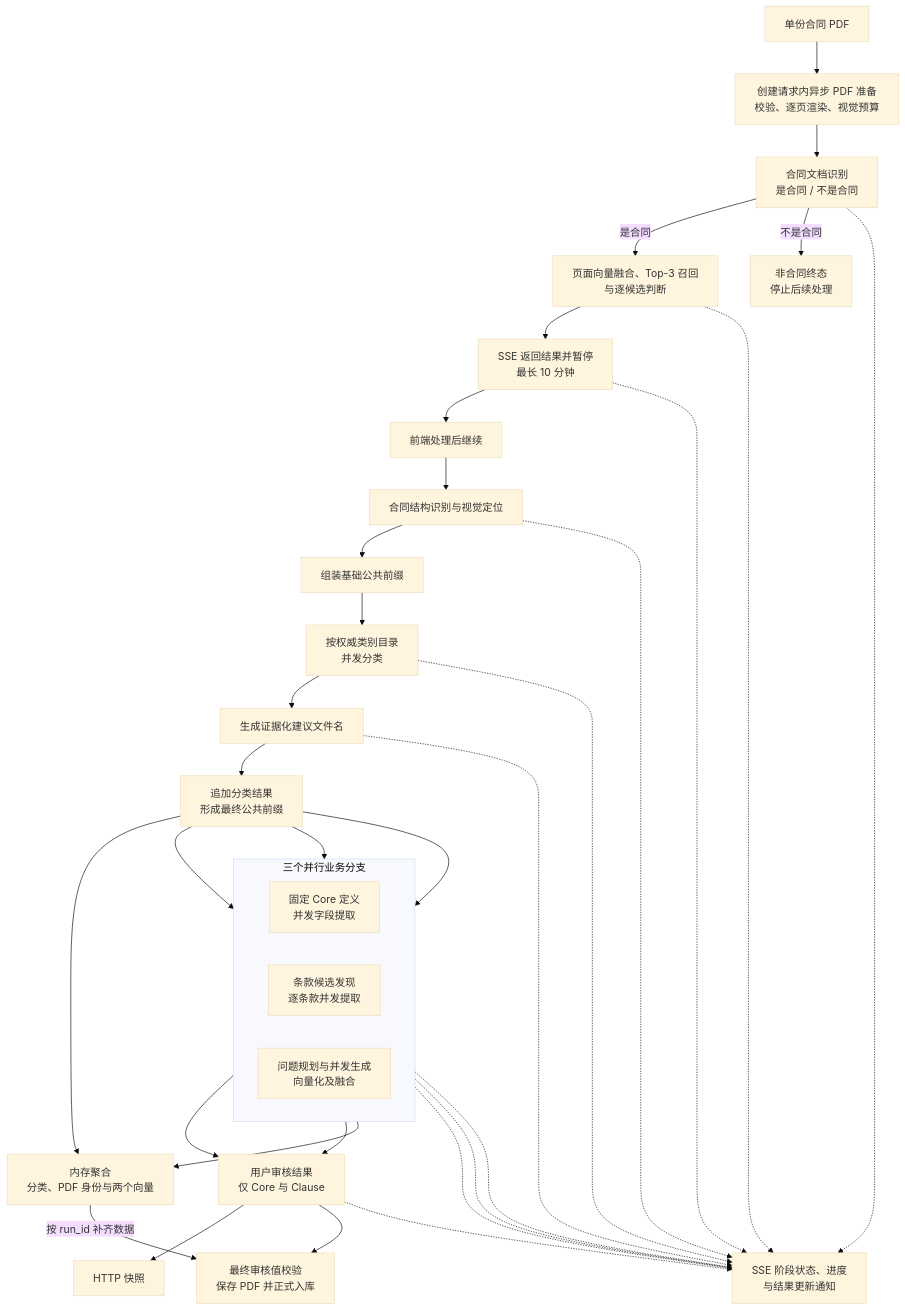
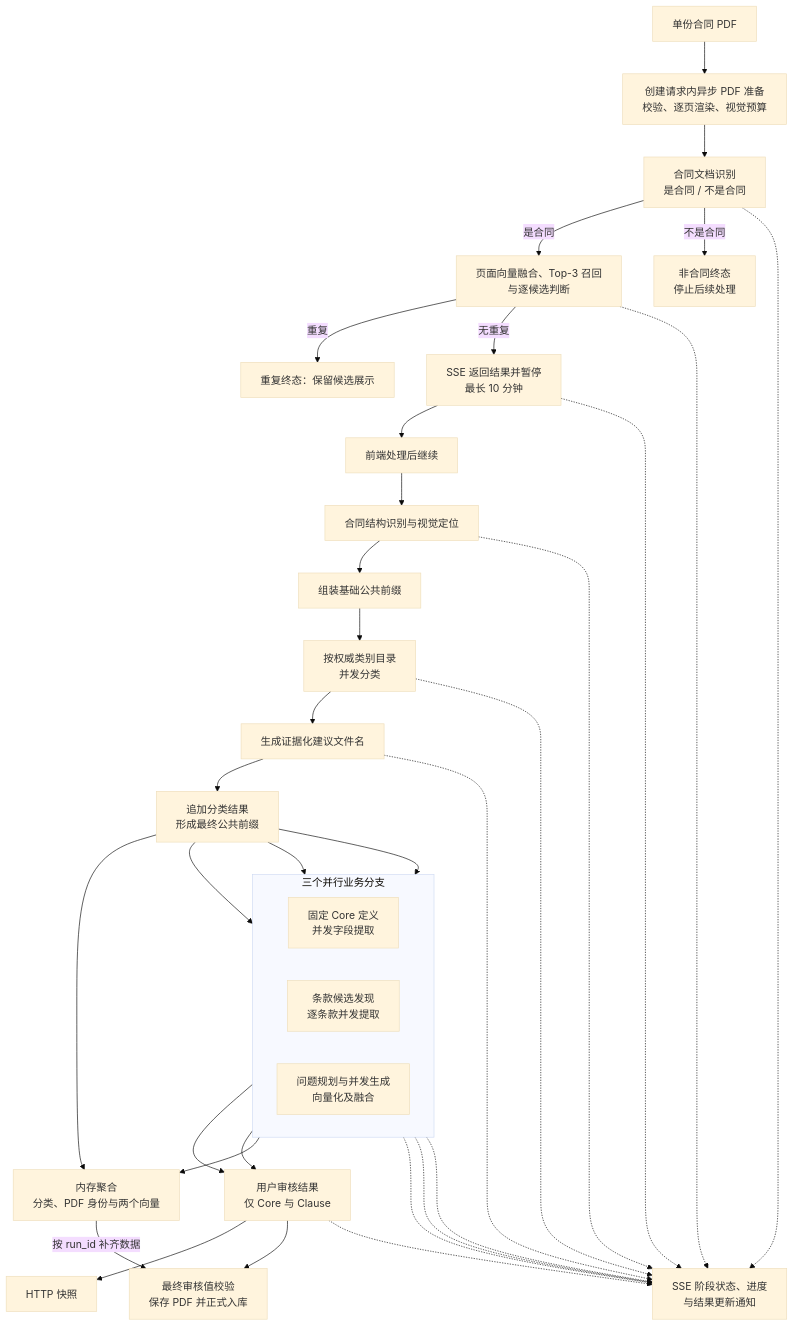
The diagram in description/project.md (caicai-6666/contract-service-be), drawn with Mermaid (base theme) before and after one commit. The commit also changed other lines of this file and 35 other files, not shown here.

````diff
--- a/description/project.md
+++ b/description/project.md
@@ -117,52 +120,54 @@
 ```mermaid
 flowchart TD
     pdf["单份合同 PDF"]
     preparation["创建请求内异步 PDF 准备<br/>校验、逐页渲染、视觉预算"]
     detection["合同文档识别<br/>是合同 / 不是合同"]
     rejected["非合同终态<br/>停止后续处理"]
     dedup["页面向量融合、Top-3 召回<br/>与逐候选判断"]
     pause["SSE 返回结果并暂停<br/>最长 10 分钟"]
     continue["前端处理后继续"]
     understanding["合同结构识别与视觉定位"]
     base_context["组装基础公共前缀"]
     classification["按权威类别目录<br/>并发分类"]
     file_name["生成证据化建议文件名"]
     prefill_context["追加分类结果<br/>形成最终公共前缀"]
 
     subgraph parallel_branches["三个并行业务分支"]
         direction LR
         core["固定 Core 定义<br/>并发字段提取"]
         clause["条款候选发现<br/>逐条款并发提取"]
         retrieval["问题规划与并发生成<br/>向量化及融合"]
     end
 
     internal_result["内存聚合<br/>分类、PDF 身份与两个向量"]
     review_result["用户审核结果<br/>仅 Core 与 Clause"]
     snapshot["HTTP 快照"]
     ingestion["最终审核值校验<br/>保存 PDF 并正式入库"]
     sse["SSE 阶段状态、进度<br/>与结果更新通知"]
 
     pdf --> preparation --> detection
-    detection -->|是合同| dedup --> pause --> continue --> understanding --> base_context --> classification --> file_name --> prefill_context
+    detection -->|是合同| dedup
+    dedup -->|重复| duplicate_end["重复终态：保留候选展示"]
+    dedup -->|无重复| pause --> continue --> understanding --> base_context --> classification --> file_name --> prefill_context
     detection -->|不是合同| rejected
     prefill_context --> core
     prefill_context --> clause
     prefill_context --> retrieval
     core --> review_result
     clause --> review_result
     retrieval --> internal_result
     prefill_context --> internal_result
     review_result --> snapshot
     review_result --> ingestion
     internal_result -->|按 run_id 补齐数据| ingestion
     understanding -.-> sse
     detection -.-> sse
     dedup -.-> sse
     pause -.-> sse
     classification -.-> sse
     file_name -.-> sse
     core -.-> sse
     clause -.-> sse
     retrieval -.-> sse
     review_result -.-> sse
 ```
````
